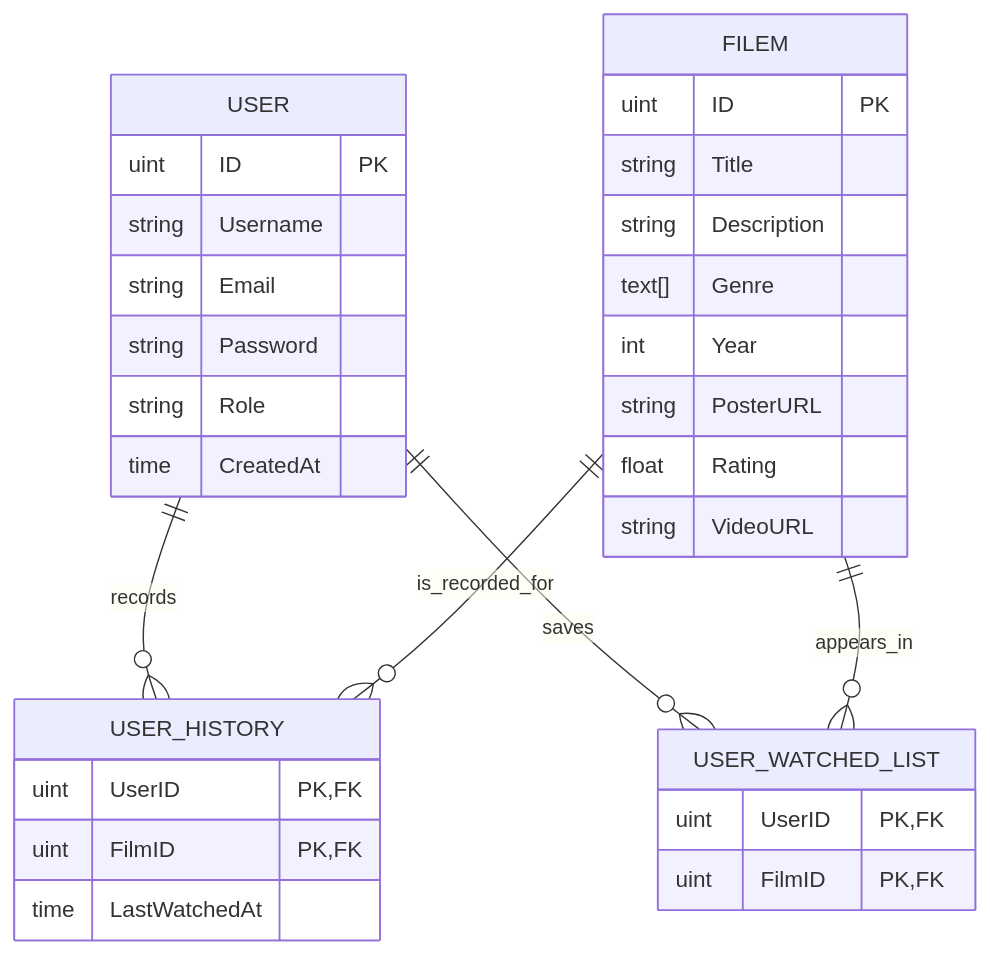
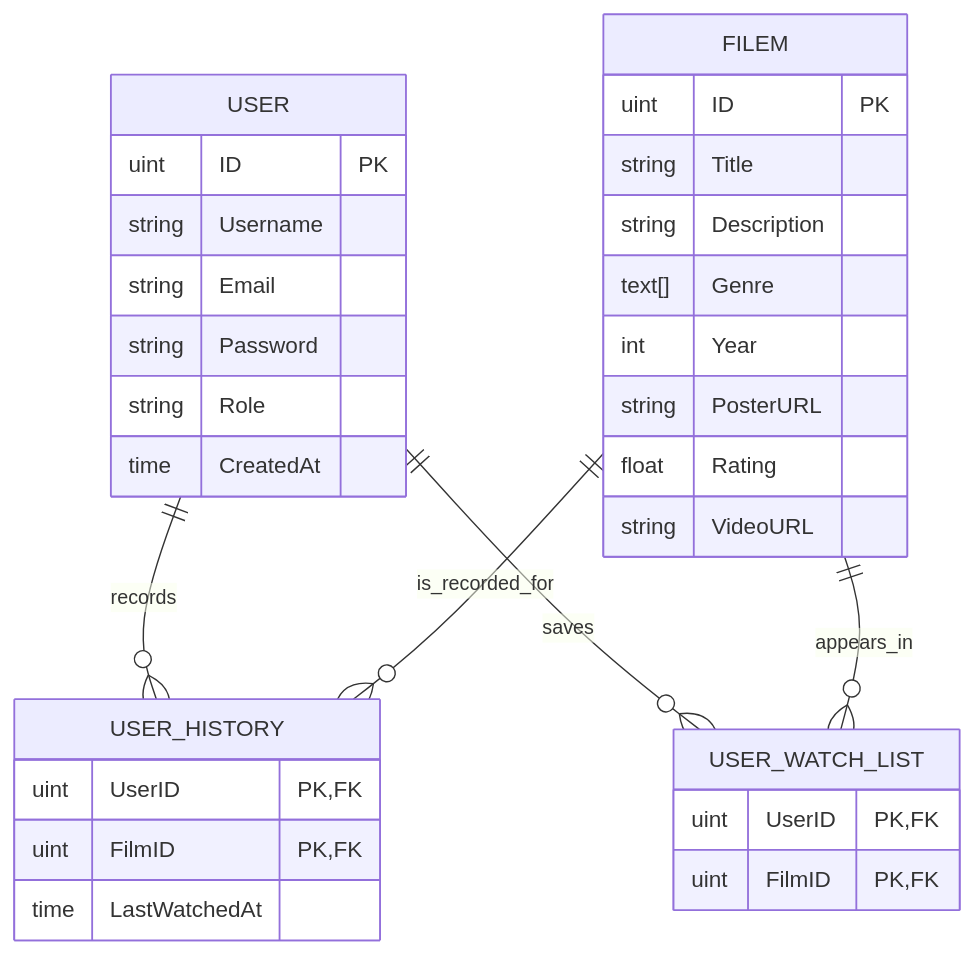
The first of 2 diagrams in readme.md (Restartor/web-streaming), drawn with Mermaid before and after one commit.

````diff
--- a/readme.md
+++ b/readme.md
@@ -15,38 +15,38 @@
 ```mermaid
 erDiagram
 	USER {
 		uint ID PK
 		string Username
 		string Email
 		string Password
 		string Role
 		time CreatedAt
 	}
 
 	FILEM {
 		uint ID PK
 		string Title
 		string Description
 		text[] Genre
 		int Year
 		string PosterURL
 		float Rating
 		string VideoURL
 	}
 
 	USER_HISTORY {
 		uint UserID PK, FK
 		uint FilmID PK, FK
 		time LastWatchedAt
 	}
 
-	USER_WATCHED_LIST {
+	USER_WATCH_LIST {
 		uint UserID PK, FK
 		uint FilmID PK, FK
 	}
 
 	USER ||--o{ USER_HISTORY : records
 	FILEM ||--o{ USER_HISTORY : is_recorded_for
-	USER ||--o{ USER_WATCHED_LIST : saves
-	FILEM ||--o{ USER_WATCHED_LIST : appears_in
+	USER ||--o{ USER_WATCH_LIST : saves
+	FILEM ||--o{ USER_WATCH_LIST : appears_in
 ```
````
